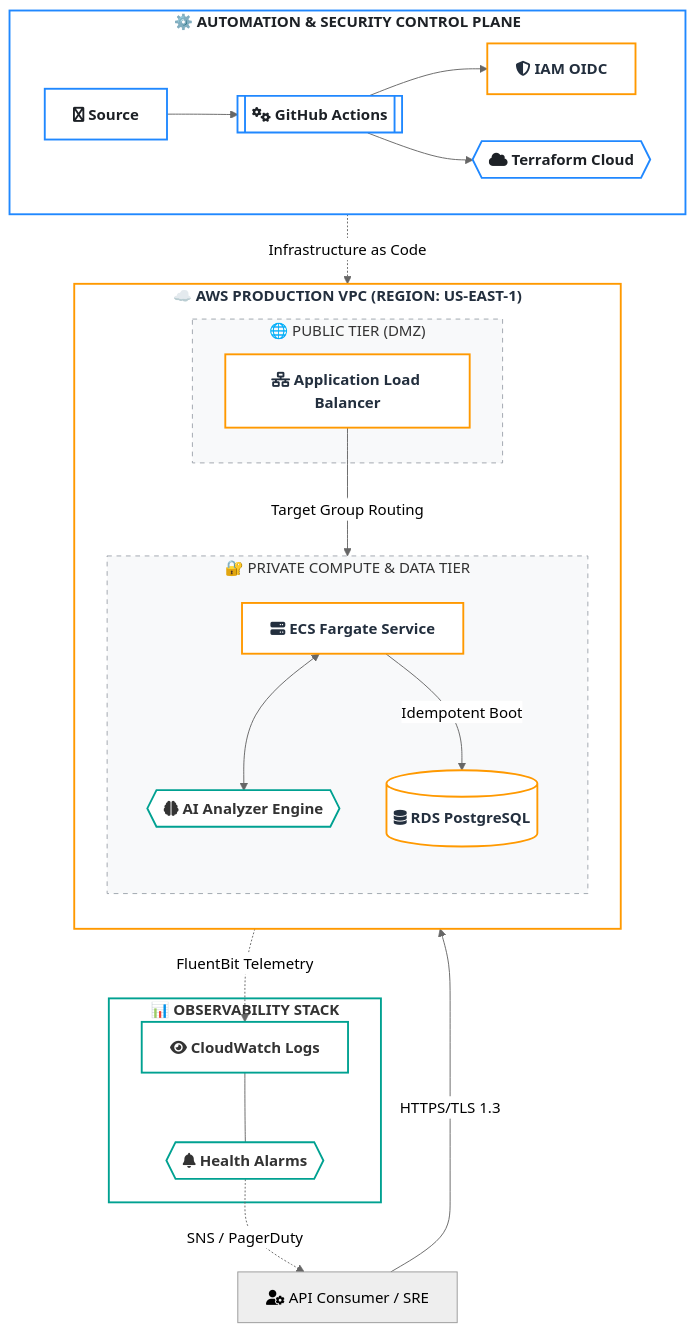
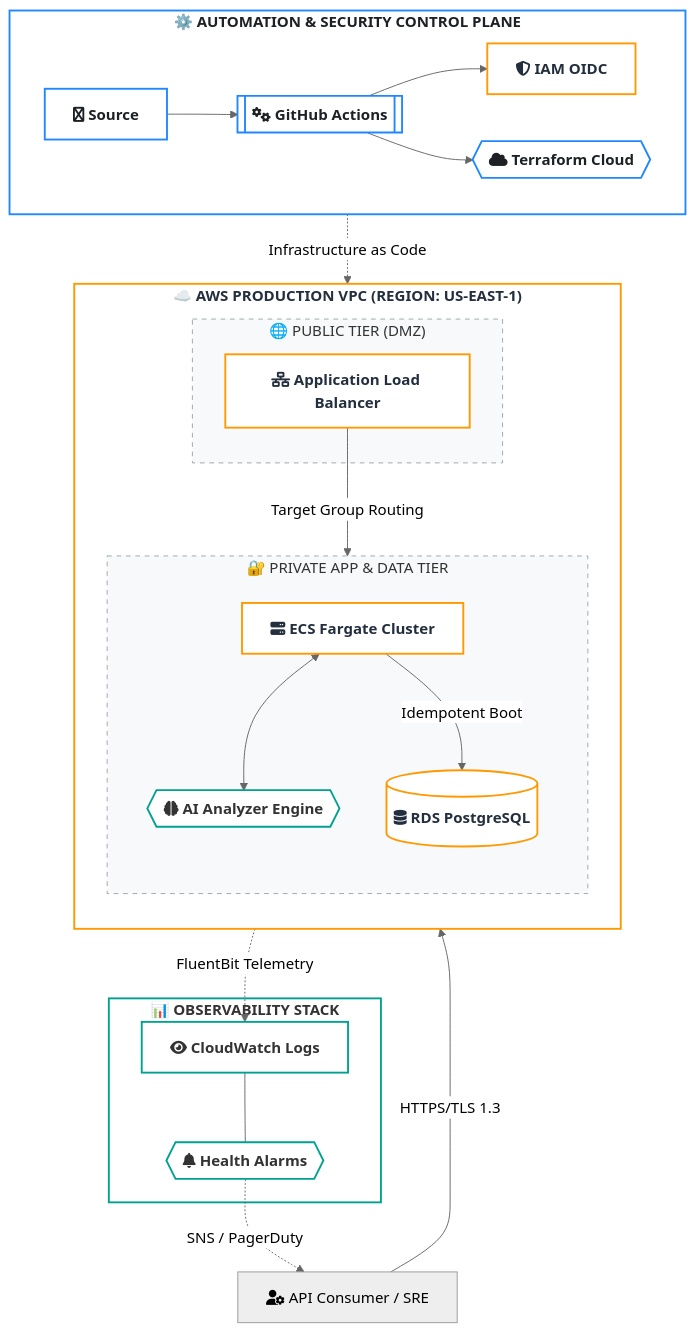
Before and after one commit to kmiraj16/ai-devops-log-analyzer: the diagram in README.md, drawn with Mermaid (neutral theme). The commit also changed other lines of this file, not shown here.

````diff
--- a/README.md
+++ b/README.md
@@ -15,56 +15,56 @@
 ```mermaid
 flowchart TB
     %% Top Tier: Control & Security
     User["fa:fa-user-gear API Consumer / SRE"]
 
     subgraph CONTROL ["&nbsp; ⚙️ AUTOMATION & SECURITY CONTROL PLANE &nbsp;"]
         direction LR
         Git["fa:fa-github Source"] --> Workflows[["fa:fa-gears GitHub Actions"]]
         Workflows --> OIDC["fa:fa-shield-halved IAM OIDC"]
         Workflows --> TF{{"fa:fa-cloud Terraform Cloud"}}
     end
 
     %% Middle Tier: AWS Infrastructure
     subgraph AWS ["&nbsp; ☁️ AWS PRODUCTION VPC (REGION: US-EAST-1) &nbsp;"]
         direction TB
         
         subgraph PUBLIC ["&nbsp; 🌐 PUBLIC TIER (DMZ) &nbsp;"]
             ALB["fa:fa-network-wired Application Load Balancer"]
         end
 
-        subgraph PRIVATE ["&nbsp; 🔐 PRIVATE COMPUTE & DATA TIER &nbsp;"]
+        subgraph PRIVATE ["&nbsp; 🔐 PRIVATE APP & DATA TIER &nbsp;"]
             direction TB
-            ECS["fa:fa-server ECS Fargate Service"]
+            ECS["fa:fa-server ECS Fargate Cluster"]
             RDS[("fa:fa-database RDS PostgreSQL")]
             AI_Engine{{"fa:fa-brain AI Analyzer Engine"}}
             
             ECS <--> AI_Engine
             ECS -->|Idempotent Boot| RDS
         end
     end
 
     %% Side Tier: Telemetry
     subgraph TELEMETRY ["&nbsp; 📊 OBSERVABILITY STACK &nbsp;"]
         CW["fa:fa-eye CloudWatch Logs"]
         Alarms{{"fa:fa-bell Health Alarms"}}
         CW --- Alarms
     end
 
     %% Connectivity logic
     User -->|HTTPS/TLS 1.3| ALB
     ALB -->|Target Group Routing| ECS
     TF -.->|Infrastructure as Code| AWS
     ECS -.->|FluentBit Telemetry| CW
     Alarms -.->|SNS / PagerDuty| User
 
     %% Style Definitions
     classDef blue fill:#ffffff,stroke:#2088FF,stroke-width:2px,color:#1D2126,font-weight:bold;
     classDef orange fill:#ffffff,stroke:#FF9900,stroke-width:2px,color:#232F3E,font-weight:bold;
     classDef teal fill:#ffffff,stroke:#00A191,stroke-width:2px,color:#333,font-weight:bold;
     classDef gray fill:#f8f9fa,stroke:#9ea5ad,stroke-width:1px,stroke-dasharray: 5 5;
     
     class CONTROL,Workflows,Git,TF blue;
     class AWS,ALB,ECS,RDS,OIDC orange;
     class TELEMETRY,CW,AI_Engine,Alarms teal;
     class PUBLIC,PRIVATE gray;
 ```
````
